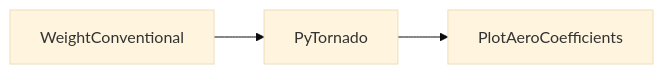
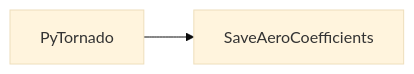
The first of 2 diagrams in README.md (cfsengineering/CEASIOMpy), drawn with Mermaid (base theme) before and after one commit. The commit also changed other lines of this file and 18 other files, not shown here.

First line of the commit message:
Refactor PlotAeroCoefficients Module (#231)

````diff
--- a/README.md
+++ b/README.md
@@ -103,5 +104,4 @@
 ```mermaid
   graph LR;
-      WeightConventional-->PyTornado;
-      PyTornado-->PlotAeroCoefficients;
+      PyTornado-->SaveAeroCoefficients;
 ```
````
